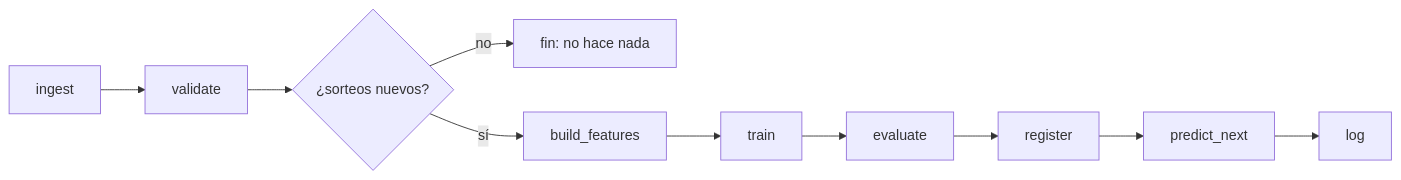
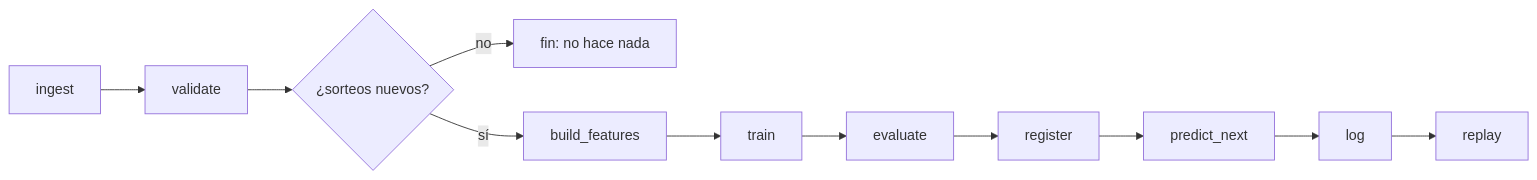
One commit to ronaldo-duran/baloto-fun-ML changed the diagram in README.md. Above: the diagram before and after it, drawn with Mermaid. The commit also changed other lines of this file and 10 other files, not shown here.

````diff
--- a/README.md
+++ b/README.md
@@ -239,6 +239,6 @@
 ```mermaid
 flowchart LR
     I[ingest] --> V[validate] --> Q{¿sorteos nuevos?}
     Q -- no --> F[fin: no hace nada]
-    Q -- sí --> B[build_features] --> T[train] --> E[evaluate] --> R[register] --> P[predict_next] --> L[log]
+    Q -- sí --> B[build_features] --> T[train] --> E[evaluate] --> R[register] --> P[predict_next] --> L[log] --> S[replay]
 ```
````
